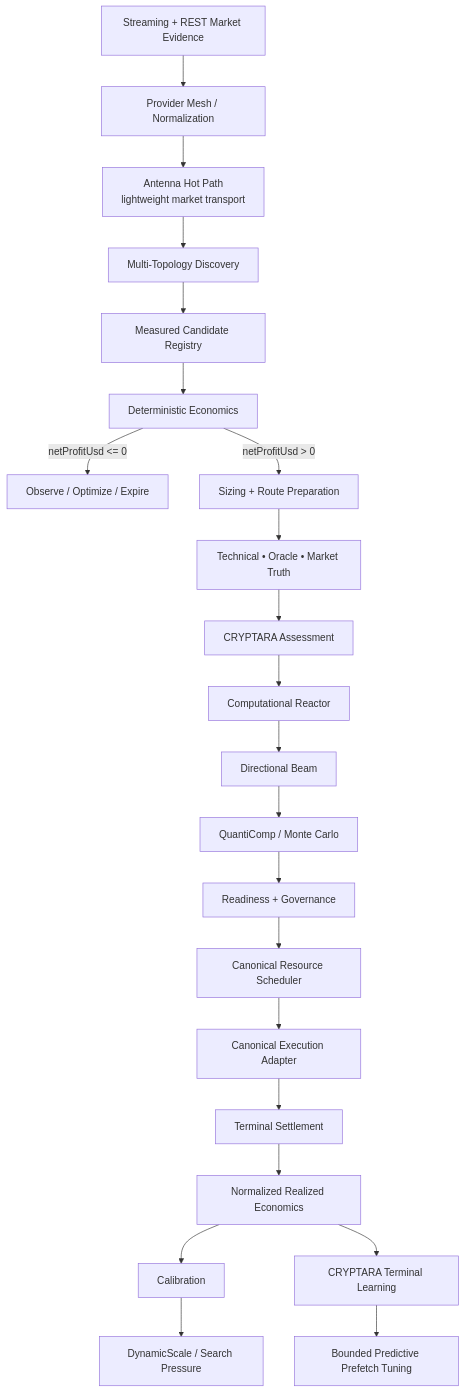
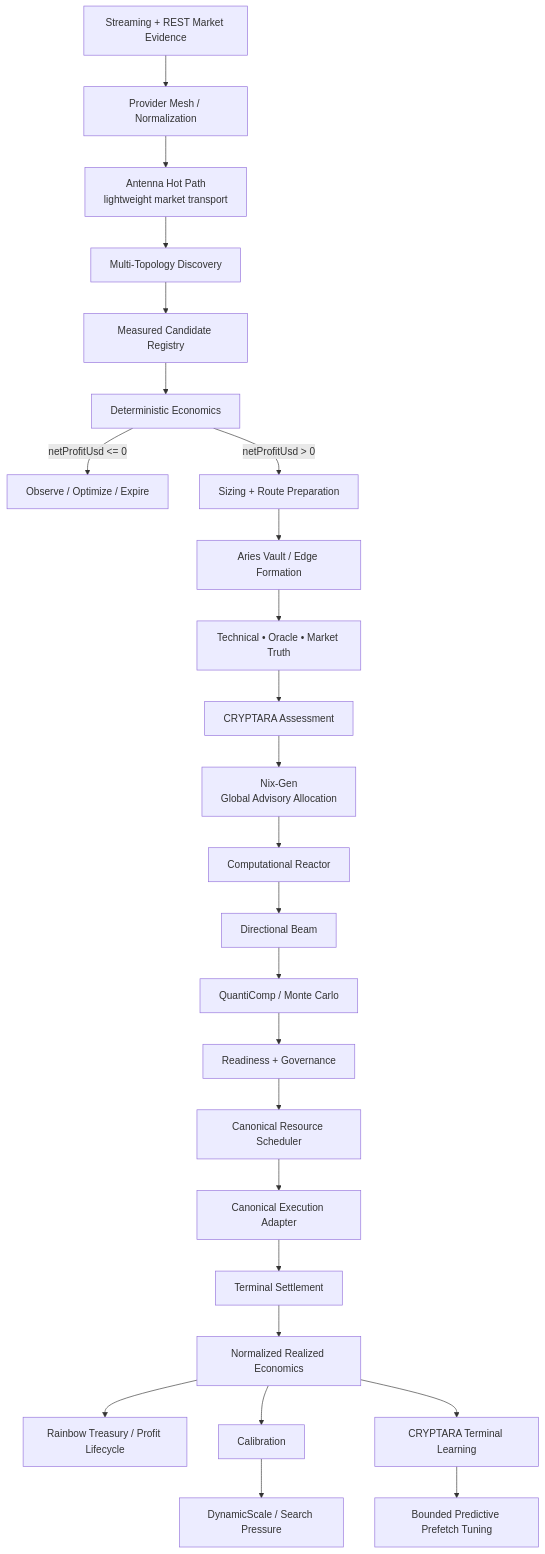
Before and after one commit to Rjdclink/Bad-Blue: the fourth of 19 diagrams in README.md, drawn with Mermaid. The commit also changed other lines of this file, not shown here.

````diff
--- a/README.md
+++ b/README.md
@@ -224,28 +249,31 @@
 ```mermaid
 flowchart TD
     DATA["Streaming + REST Market Evidence"] --> MESH["Provider Mesh / Normalization"]
     MESH --> ANT["Antenna Hot Path\nlightweight market transport"]
     ANT --> DISC["Multi-Topology Discovery"]
     DISC --> REG["Measured Candidate Registry"]
     REG --> ECON["Deterministic Economics"]
 
     ECON -->|"netProfitUsd <= 0"| OBS["Observe / Optimize / Expire"]
     ECON -->|"netProfitUsd > 0"| SIZE["Sizing + Route Preparation"]
 
-    SIZE --> EVID["Technical • Oracle • Market Truth"]
+    SIZE --> ARIES["Aries Vault / Edge Formation"]
+    ARIES --> EVID["Technical • Oracle • Market Truth"]
     EVID --> CRYPTARA["CRYPTARA Assessment"]
-    CRYPTARA --> REACTOR["Computational Reactor"]
+    CRYPTARA --> NIX["Nix-Gen\nGlobal Advisory Allocation"]
+    NIX --> REACTOR["Computational Reactor"]
     REACTOR --> BEAM["Directional Beam"]
     BEAM --> QUANTI["QuantiComp / Monte Carlo"]
 
     QUANTI --> READY["Readiness + Governance"]
     READY --> SCHED["Canonical Resource Scheduler"]
     SCHED --> EXEC["Canonical Execution Adapter"]
     EXEC --> SETTLE["Terminal Settlement"]
 
     SETTLE --> REAL["Normalized Realized Economics"]
+    REAL --> RAINBOW["Rainbow Treasury / Profit Lifecycle"]
     REAL --> CAL["Calibration"]
     REAL --> CORTEX["CRYPTARA Terminal Learning"]
     CAL --> SCALE["DynamicScale / Search Pressure"]
     CORTEX --> PREFETCH["Bounded Predictive Prefetch Tuning"]
 ```
````
